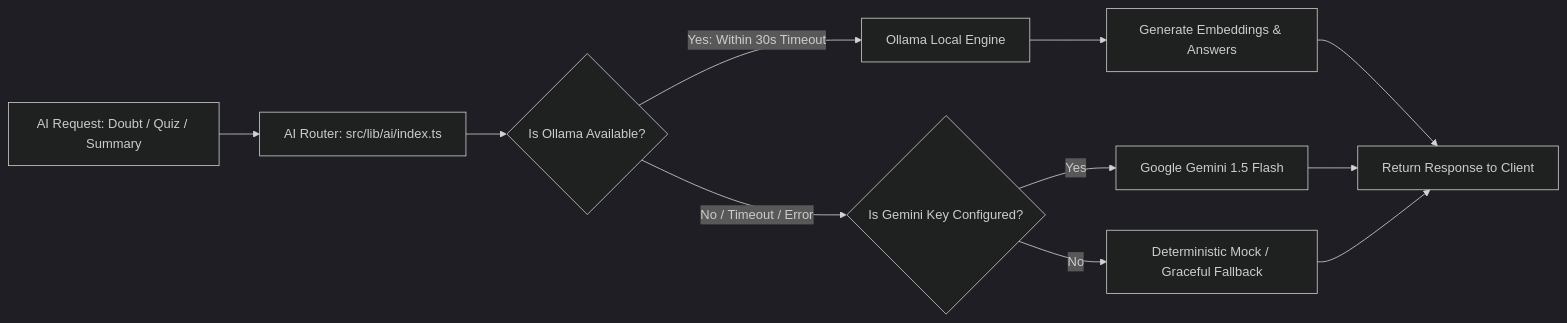
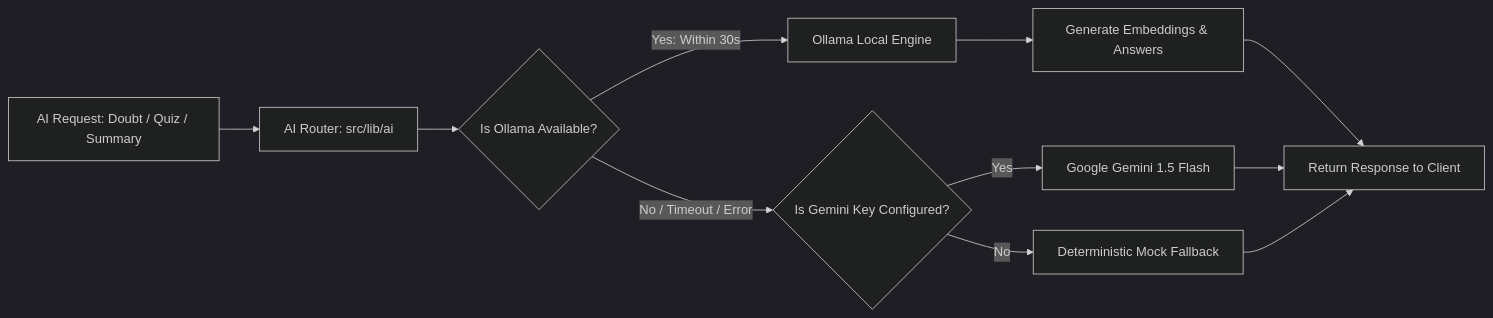
The third of 3 diagrams in README.md (psgktp18-rgb/SIET_LEARNER_PLATFORM), drawn with Mermaid (dark theme) before and after one commit. The commit also changed other lines of this file and 3 other files, not shown here.

Commit message:
fix(docs,ci): fix Mermaid diagram syntax in README, fix CI database sync, and update Dockerfile build env

````diff
--- a/README.md
+++ b/README.md
@@ -146,13 +146,13 @@
 ```mermaid
 flowchart LR
-    A[AI Request: Doubt / Quiz / Summary] --> B[AI Router: src/lib/ai/index.ts]
-    B --> C{Is Ollama Available?}
-    C -->|Yes: Within 30s Timeout| D[Ollama Local Engine]
-    D --> E[Generate Embeddings & Answers]
-    C -->|No / Timeout / Error| F{Is Gemini Key Configured?}
-    F -->|Yes| G[Google Gemini 1.5 Flash]
-    F -->|No| H[Deterministic Mock / Graceful Fallback]
-    E --> I[Return Response to Client]
+    A["AI Request: Doubt / Quiz / Summary"] --> B["AI Router: src/lib/ai"]
+    B --> C{"Is Ollama Available?"}
+    C -->|"Yes: Within 30s"| D["Ollama Local Engine"]
+    D --> E["Generate Embeddings & Answers"]
+    C -->|"No / Timeout / Error"| F{"Is Gemini Key Configured?"}
+    F -->|"Yes"| G["Google Gemini 1.5 Flash"]
+    F -->|"No"| H["Deterministic Mock Fallback"]
+    E --> I["Return Response to Client"]
     G --> I
     H --> I
 ```
````
